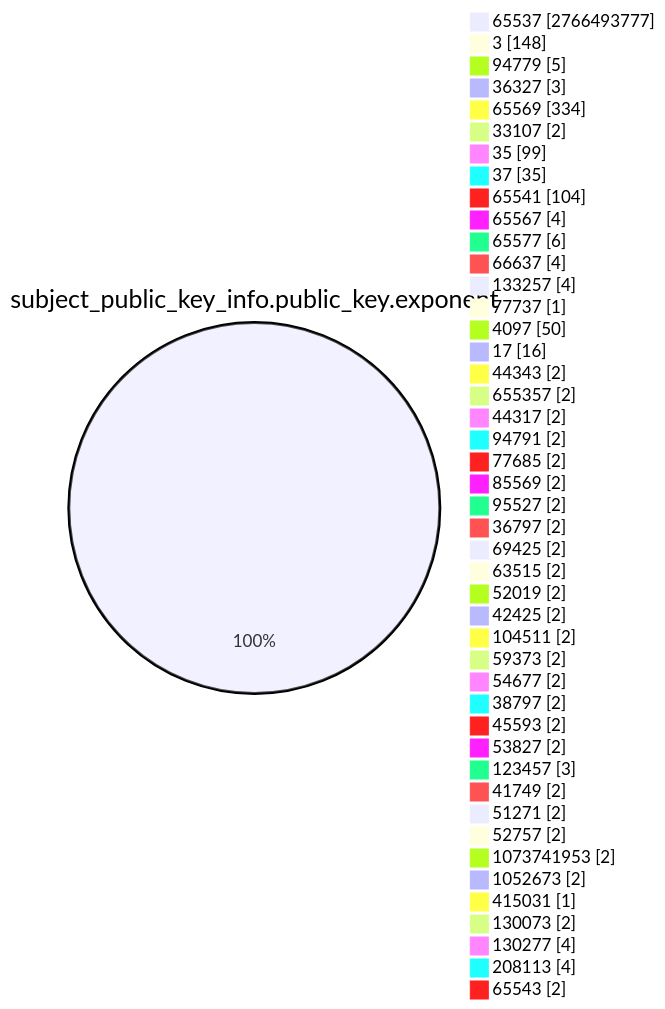
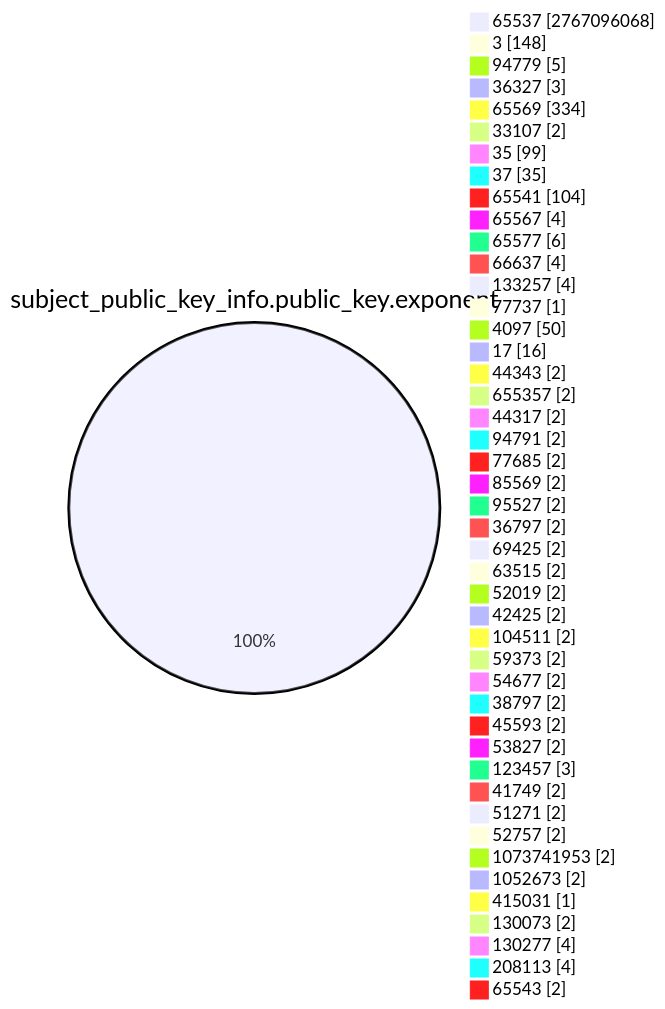
One commit to christiankrug/ctmonitor_visualization changed the fourth of 15 diagrams in TOTAL/README.md. Above: the diagram before and after it, drawn with Mermaid. The commit also changed other lines of this file, not shown here.

````diff
--- a/TOTAL/README.md
+++ b/TOTAL/README.md
@@ -1467,49 +1467,49 @@
 ```mermaid
 pie showData
 title subject_public_key_info.public_key.exponent
-"65537" :2766493777
+"65537" :2767096068
 "3" :148
 "94779" :5
 "36327" :3
 "65569" :334
 "33107" :2
 "35" :99
 "37" :35
 "65541" :104
 "65567" :4
 "65577" :6
 "66637" :4
 "133257" :4
 "77737" :1
 "4097" :50
 "17" :16
 "44343" :2
 "655357" :2
 "44317" :2
 "94791" :2
 "77685" :2
 "85569" :2
 "95527" :2
 "36797" :2
 "69425" :2
 "63515" :2
 "52019" :2
 "42425" :2
 "104511" :2
 "59373" :2
 "54677" :2
 "38797" :2
 "45593" :2
 "53827" :2
 "123457" :3
 "41749" :2
 "51271" :2
 "52757" :2
 "1073741953" :2
 "1052673" :2
 "415031" :1
 "130073" :2
 "130277" :4
 "208113" :4
 "65543" :2
 ```
````
